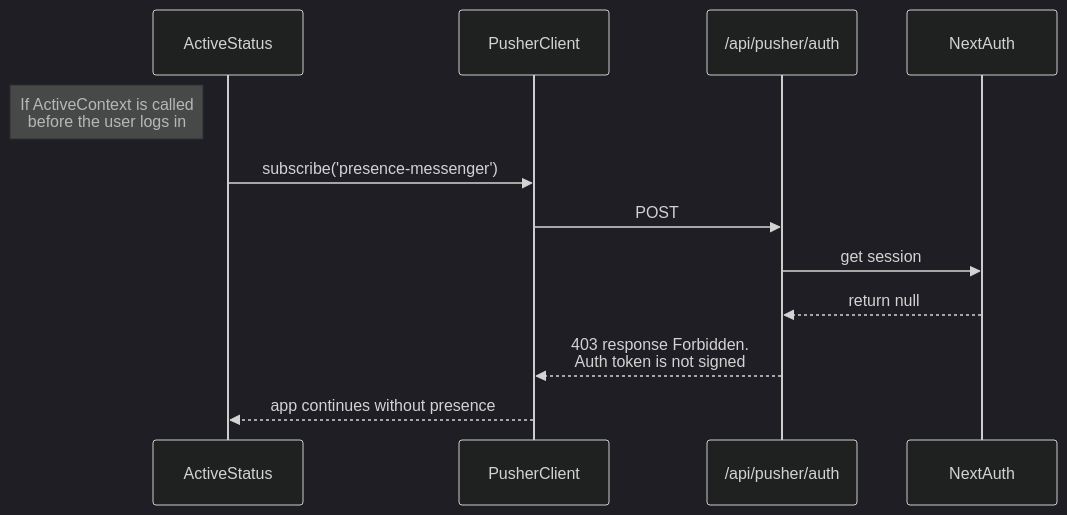
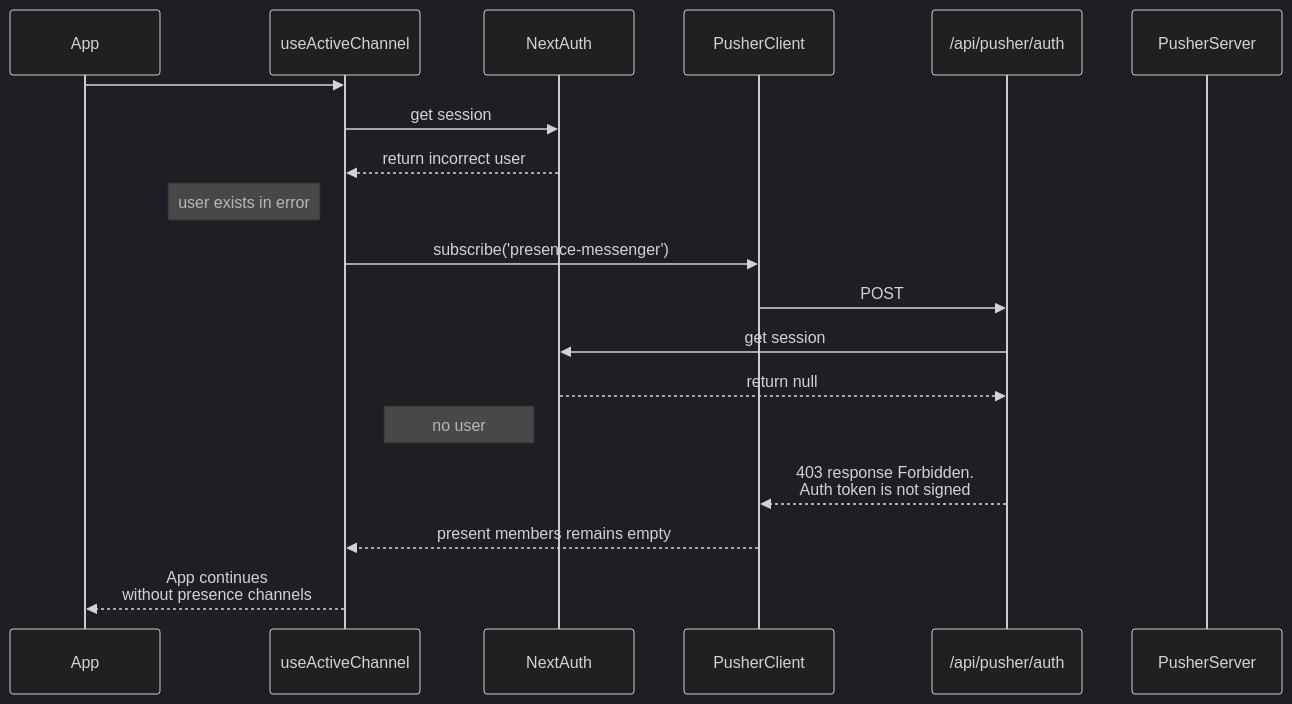
The second of 2 diagrams in app/libs/pusher.md (zhtgeneral/messenger_clone), drawn with Mermaid (dark theme) before and after one commit. The commit also changed other lines of this file and 1 other file, not shown here.

````diff
--- a/app/libs/pusher.md
+++ b/app/libs/pusher.md
@@ -33,14 +41,21 @@
 ```mermaid
 sequenceDiagram
-    participant App as ActiveStatus
+participant App as App
+    participant Hook as useActiveChannel
+    participant NA as NextAuth
     participant PC as PusherClient
     participant api as /api/pusher/auth
-    participant NA as NextAuth
-    Note left of App: If ActiveContext is called <br/> before the user logs in
-    App->>PC: subscribe('presence-messenger')
+    participant PS as PusherServer
+    App->>Hook: 
+    Hook->>NA: get session 
+    NA-->>Hook: return incorrect user
+    Note left of Hook: user exists in error
+    Hook->>PC: subscribe('presence-messenger')
     PC->>api: POST
     api->>NA: get session 
     NA-->>api: return null
+    Note left of NA: no user
     api-->>PC: 403 response Forbidden. <br/> Auth token is not signed
-    PC-->>App: app continues without presence
+    PC-->>Hook: present members remains empty
+    Hook-->>App: App continues <br/> without presence channels
 ```
````
